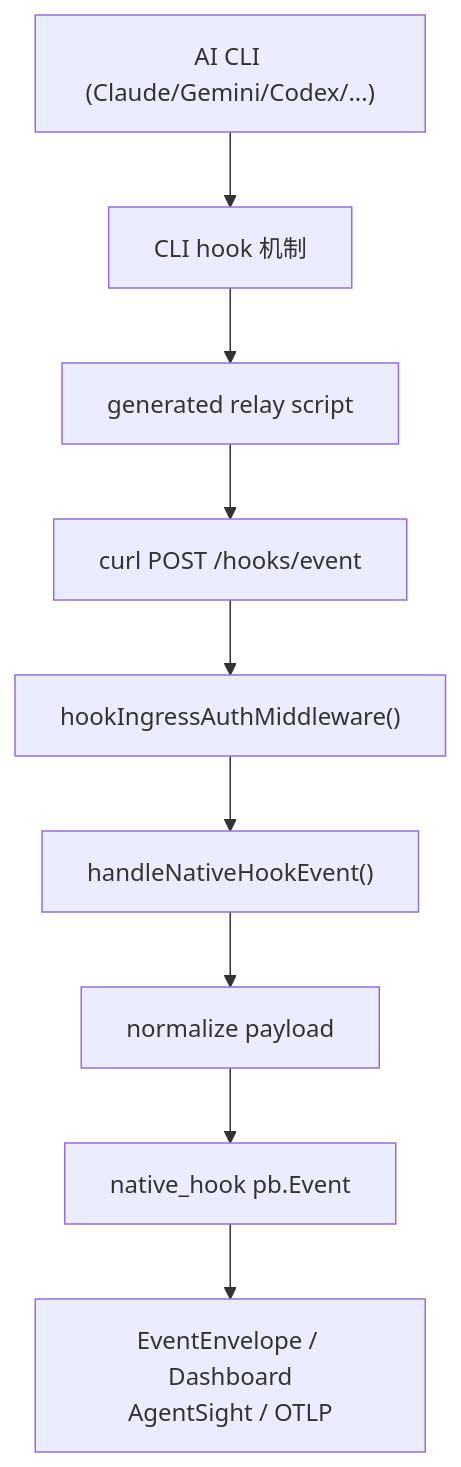
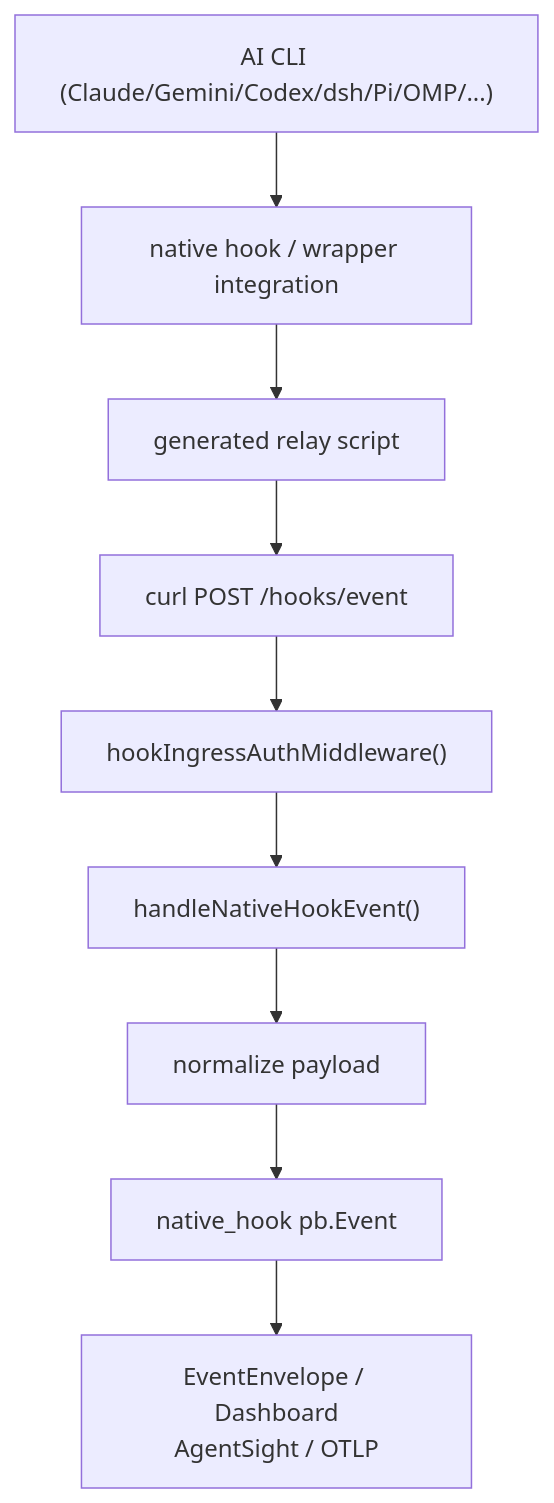
The diagram in docs/integrations/native-hooks.md (stevessr/agent-ebpf-filter), drawn with Mermaid before and after one commit. The commit also changed other lines of this file and 28 other files, not shown here.

Commit message:
feat(hooks): support dsh pi and omp

````diff
--- a/docs/integrations/native-hooks.md
+++ b/docs/integrations/native-hooks.md
@@ -9,11 +9,11 @@
 ```mermaid
 flowchart TD
-    CLI["AI CLI (Claude/Gemini/Codex/...)"] --> Hook["CLI hook 机制"]
+    CLI["AI CLI (Claude/Gemini/Codex/dsh/Pi/OMP/...)"] --> Hook["native hook / wrapper integration"]
     Hook --> Relay["generated relay script"]
     Relay --> Curl["curl POST /hooks/event"]
     Curl --> Auth["hookIngressAuthMiddleware()"]
     Auth --> Handler["handleNativeHookEvent()"]
     Handler --> Normalize["normalize payload"]
     Normalize --> Event["native_hook pb.Event"]
     Event --> Sinks["EventEnvelope / Dashboard<br/>AgentSight / OTLP"]
 ```
````
